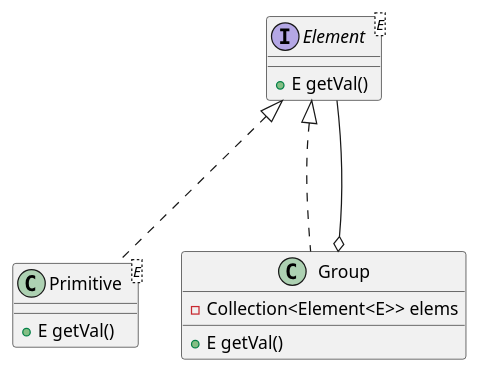
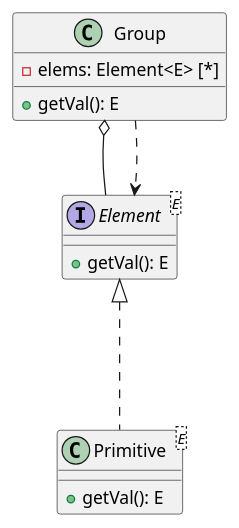
One commit to nl253/Notes changed the diagram in Software-Engineering/System-Design/Design-Patterns/composite.puml. Above: the diagram before and after it, drawn with PlantUML. The commit also changed 308 other files, not shown here.

```diff
--- a/Software-Engineering/System-Design/Design-Patterns/composite.puml
+++ b/Software-Engineering/System-Design/Design-Patterns/composite.puml
@@ -1,20 +1,20 @@
 @startuml
 
 interface Element<E> {
-        + E getVal()
+  + getVal(): E
 }
 
 class Primitive<E> {
-        + E getVal()
+  + getVal(): E
 }
 
 class Group  {
-        - Collection<Element<E>> elems
-        + E getVal()
+  - elems: Element<E> [*]
+  + getVal(): E
 }
 
-Group      o-- Element
-Group     ..up.|> Element
+Group     o-- Element
+Group     ..> Element
 Primitive ..up.|> Element
 
 @enduml
```
